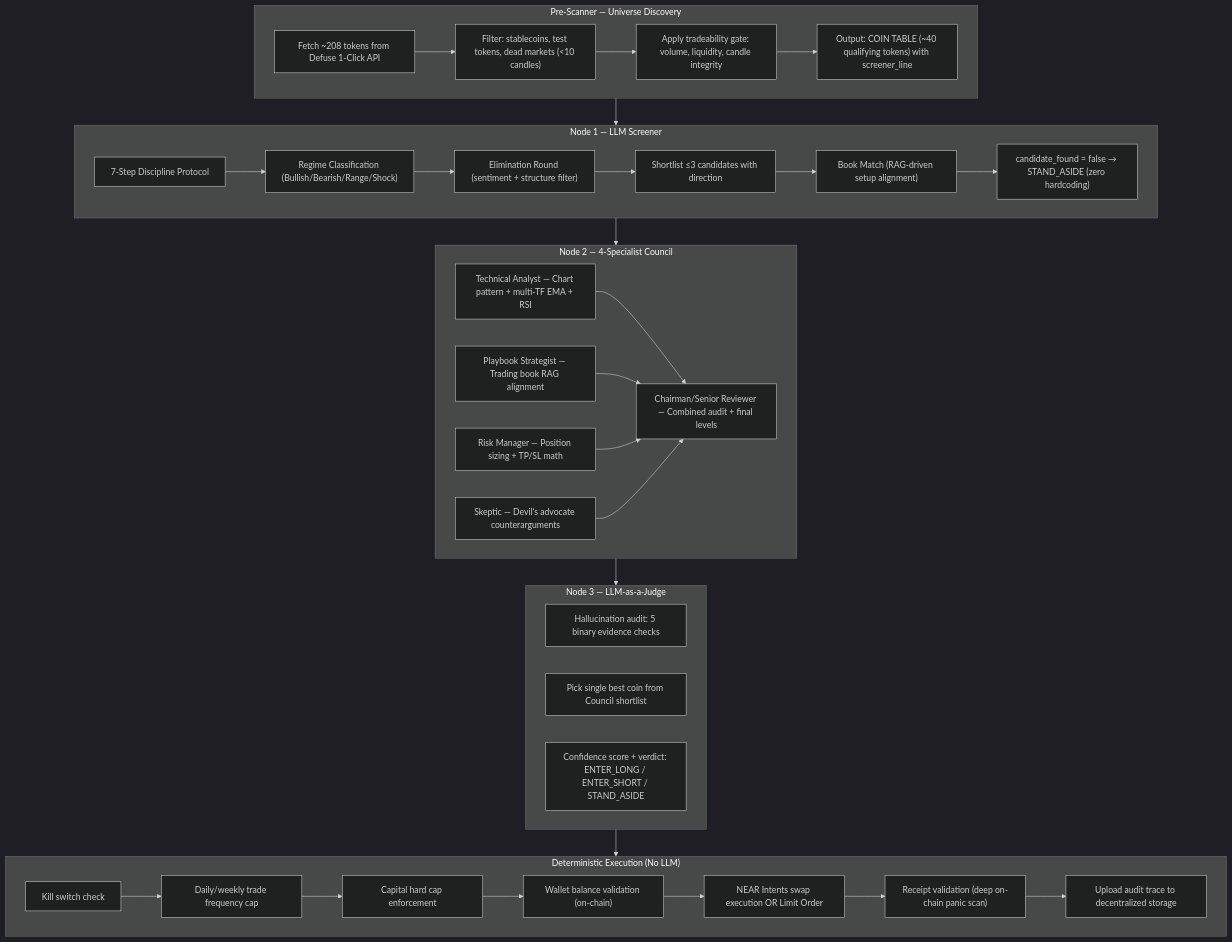
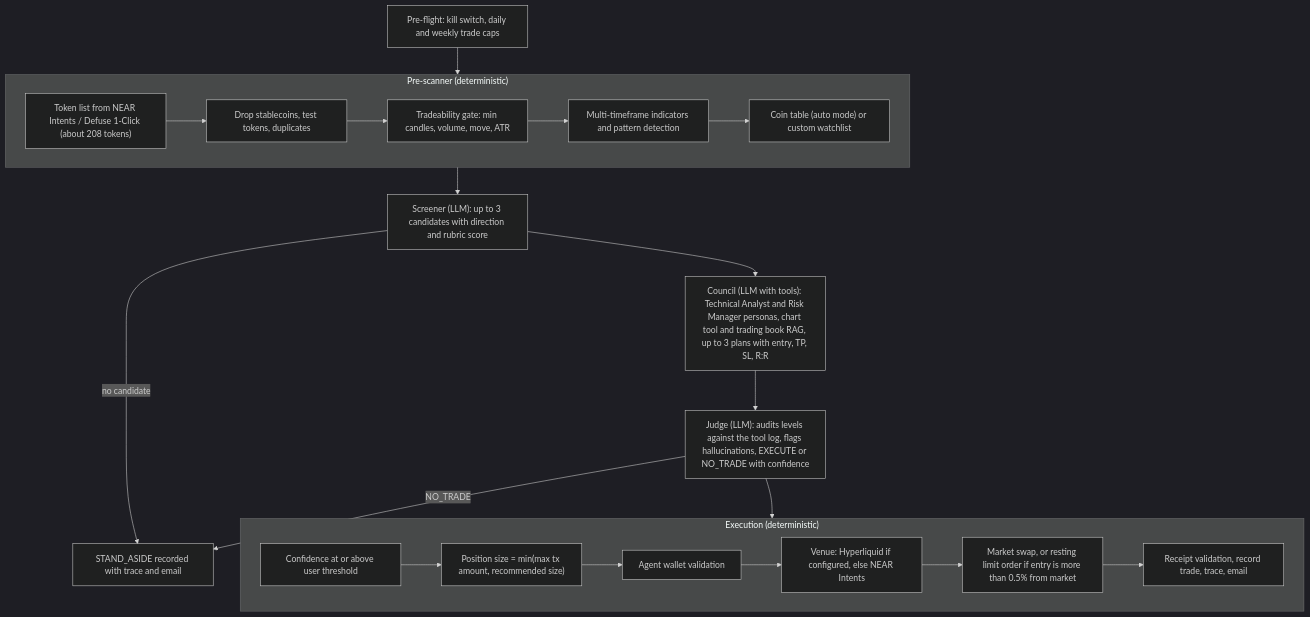
The fifth of 11 diagrams in README.md (TheDarrk/N-agent), drawn with Mermaid (dark theme) before and after one commit. The commit also changed other lines of this file and 6 other files, not shown here.

````diff
--- a/README.md
+++ b/README.md
@@ -238,48 +368,31 @@
 ```mermaid
 flowchart TD
-    subgraph PS["Pre-Scanner — Universe Discovery"]
-        PS1["Fetch ~208 tokens from Defuse 1-Click API"]
-        PS2["Filter: stablecoins, test tokens, dead markets (<10 candles)"]
-        PS3["Apply tradeability gate: volume, liquidity, candle integrity"]
-        PS4["Output: COIN TABLE (~40 qualifying tokens) with screener_line"]
-        PS1 --> PS2 --> PS3 --> PS4
+    PF["Pre-flight: kill switch, daily and weekly trade caps"]
+
+    subgraph PS["Pre-scanner (deterministic)"]
+        P1["Token list from NEAR Intents / Defuse 1-Click (about 208 tokens)"]
+        P2["Drop stablecoins, test tokens, duplicates"]
+        P3["Tradeability gate: min candles, volume, move, ATR"]
+        P4["Multi-timeframe indicators and pattern detection"]
+        P5["Coin table (auto mode) or custom watchlist"]
+        P1 --> P2 --> P3 --> P4 --> P5
     end
 
-    subgraph SC["Node 1 — LLM Screener"]
-        SC1["7-Step Discipline Protocol"]
-        SC2["Regime Classification (Bullish/Bearish/Range/Shock)"]
-        SC3["Elimination Round (sentiment + structure filter)"]
-        SC4["Shortlist ≤3 candidates with direction"]
-        SC5["Book Match (RAG-driven setup alignment)"]
-        SC6["candidate_found = false → STAND_ASIDE (zero hardcoding)"]
-        SC1 --> SC2 --> SC3 --> SC4 --> SC5 --> SC6
+    SC["Screener (LLM): up to 3 candidates with direction and rubric score"]
+    CO["Council (LLM with tools): Technical Analyst and Risk Manager personas, chart tool and trading book RAG, up to 3 plans with entry, TP, SL, R:R"]
+    JU["Judge (LLM): audits levels against the tool log, flags hallucinations, EXECUTE or NO_TRADE with confidence"]
+
+    subgraph EX["Execution (deterministic)"]
+        E1["Confidence at or above user threshold"]
+        E2["Position size = min(max tx amount, recommended size)"]
+        E3["Agent wallet validation"]
+        E4["Venue: Hyperliquid if configured, else NEAR Intents"]
+        E5["Market swap, or resting limit order if entry is more than 0.5% from market"]
+        E6["Receipt validation, record trade, trace, email"]
+        E1 --> E2 --> E3 --> E4 --> E5 --> E6
     end
 
-    subgraph CO["Node 2 — 4-Specialist Council"]
-        C1["Technical Analyst — Chart pattern + multi-TF EMA + RSI"]
-        C2["Playbook Strategist — Trading book RAG alignment"]
-        C3["Risk Manager — Position sizing + TP/SL math"]
-        C4["Skeptic — Devil's advocate counterarguments"]
-        C5["Chairman/Senior Reviewer — Combined audit + final levels"]
-        C1 & C2 & C3 & C4 --> C5
-    end
-
-    subgraph JU["Node 3 — LLM-as-a-Judge"]
-        J1["Hallucination audit: 5 binary evidence checks"]
-        J2["Pick single best coin from Council shortlist"]
-        J3["Confidence score + verdict: ENTER_LONG / ENTER_SHORT / STAND_ASIDE"]
-    end
-
-    subgraph EX["Deterministic Execution (No LLM)"]
-        E1["Kill switch check"]
-        E2["Daily/weekly trade frequency cap"]
-        E3["Capital hard cap enforcement"]
-        E4["Wallet balance validation (on-chain)"]
-        E5["NEAR Intents swap execution OR Limit Order"]
-        E6["Receipt validation (deep on-chain panic scan)"]
-        E7["Upload audit trace to decentralized storage"]
-        E1 --> E2 --> E3 --> E4 --> E5 --> E6 --> E7
-    end
-
-    PS --> SC --> CO --> JU --> EX
+    PF --> PS --> SC --> CO --> JU --> EX
+    SC -->|"no candidate"| SA["STAND_ASIDE recorded with trace and email"]
+    JU -->|"NO_TRADE"| SA
 ```
````
